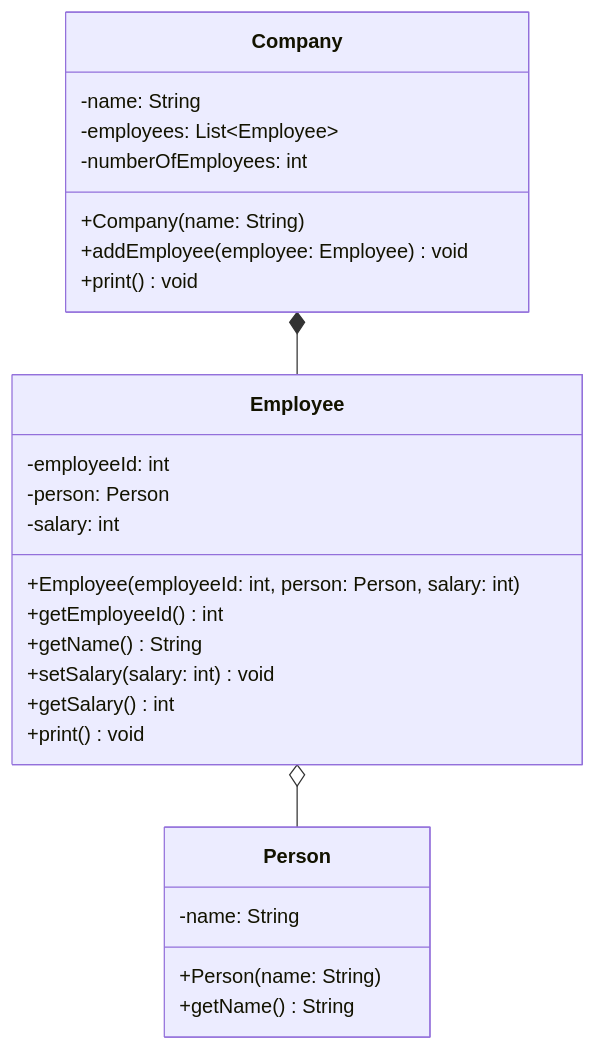
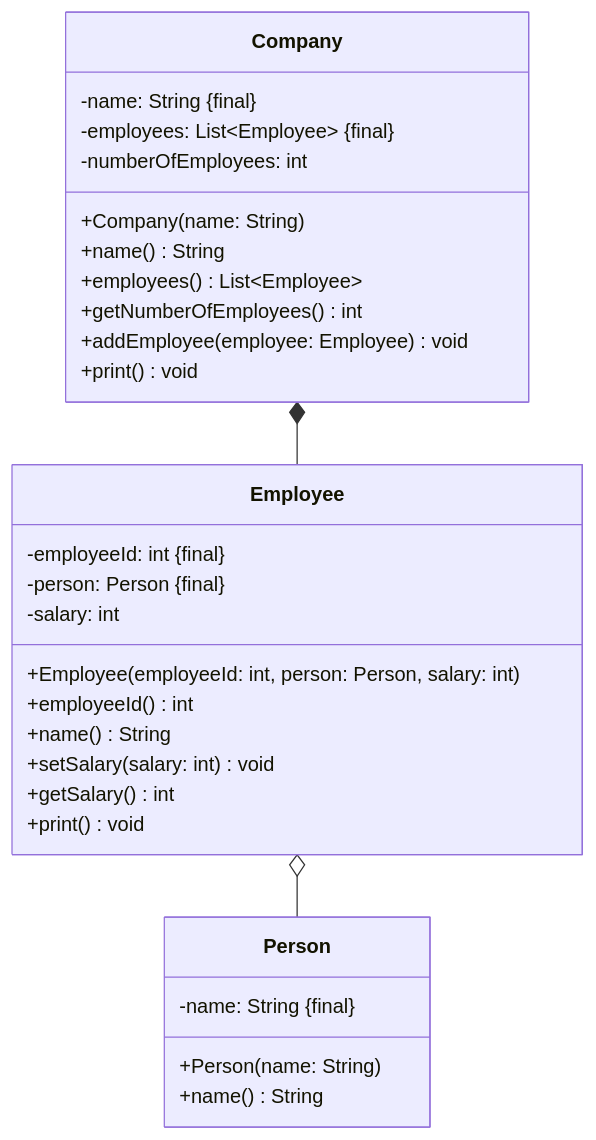
Before and after one commit to jappuccini/java-docs: the diagram in docs/exercises/inner-classes/inner-classes02.mdx, drawn with Mermaid. The commit also changed 33 other files, not shown here.

Commit message:
add final-property, change getter-description, change list- and map-declarations

````diff
--- a/docs/exercises/inner-classes/inner-classes02.mdx
+++ b/docs/exercises/inner-classes/inner-classes02.mdx
@@ -18,32 +18,35 @@
 ```mermaid
 classDiagram
     Company *-- Employee
     Employee o-- Person
 
     class Company {
-        -name: String
-        -employees: List~Employee~
+        -name: String &#123final&#125
+        -employees: List~Employee~ &#123final&#125
         -numberOfEmployees: int
         +Company(name: String)
+        +name() String
+        +employees() List~Employee~
+        +getNumberOfEmployees() int
         +addEmployee(employee: Employee) void
         +print() void
     }
 
     class Person {
-        -name: String
+        -name: String &#123final&#125
         +Person(name: String)
-        +getName() String
+        +name() String
     }
 
     class Employee {
-        -employeeId: int
-        -person: Person
+        -employeeId: int &#123final&#125
+        -person: Person &#123final&#125
         -salary: int
         +Employee(employeeId: int, person: Person, salary: int)
-        +getEmployeeId() int
-        +getName() String
+        +employeeId() int
+        +name() String
         +setSalary(salary: int) void
         +getSalary() int
         +print() void
     }
 ```
````
